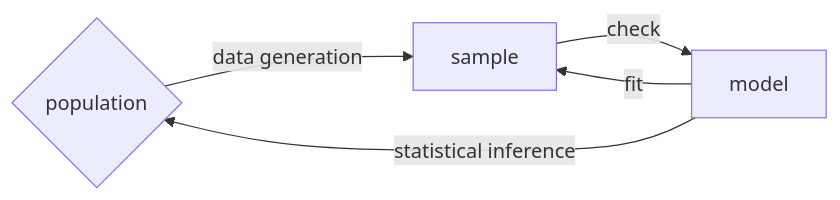
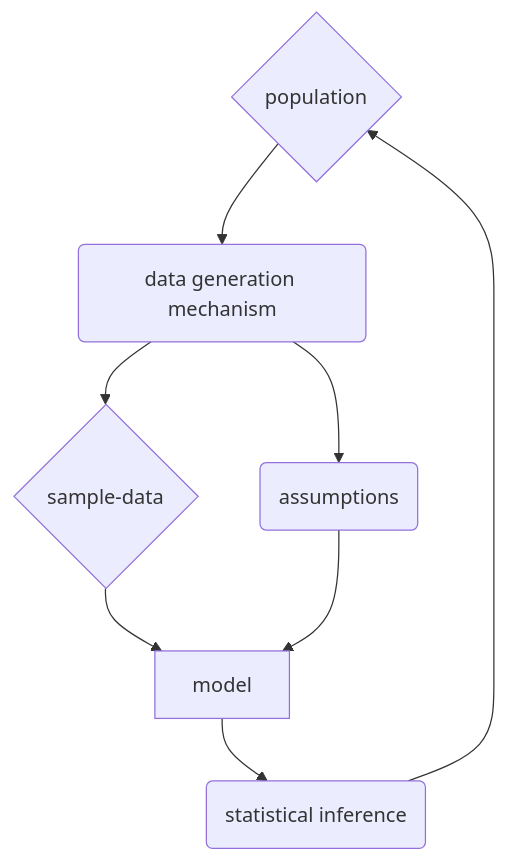
Before and after one commit to mstasinopoulos/GrossaryForDR: the fourth of 15 diagrams in Glossary of distributional regression.qmd, drawn with Mermaid. The commit also changed other lines of this file, not shown here.

````diff
--- a/Glossary of distributional regression.qmd
+++ b/Glossary of distributional regression.qmd
@@ -1276,10 +1356,19 @@
 ```{mermaid}
-%%| fig-cap: "How statistical inference working "
+%%| fig-cap: "Statistical inference: how to go from the sample to the population."
 %%| fig-width: 5
-%%| label: fig-assumptions
-flowchart LR
-  A{population} -->|data generation| B[sample] 
-  C(model) -->|fit| B
-  B -->|check| C
-    C[model] -->|statistical inference| A
+%%| label: fig-population
+flowchart TB
+  P{population} 
+  D(data generation mechanism)  
+  S{sample-data} 
+  M[model] 
+  I(statistical inference)
+  A(assumptions)
+  P --> D
+  D --> S
+  S --> M
+  M --> I
+  I --> P
+  A --> M
+  D --> A
 ```
````
